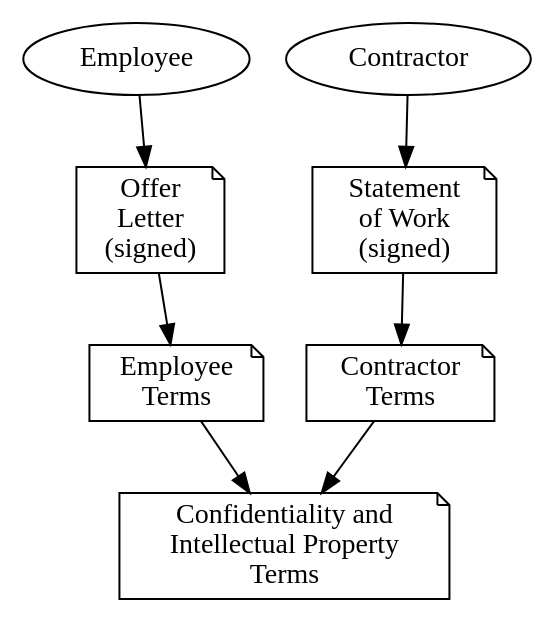
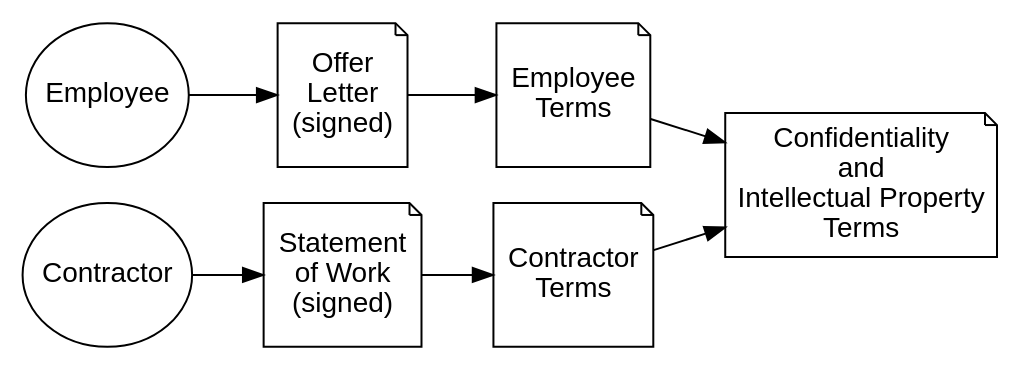
The diagram in diagram.dot (kemitchell/squareoneforms.com), drawn with Graphviz before and after one commit. The commit also changed 1 other file, not shown here.

Commit message:
Improve map graphic

```diff
--- a/diagram.dot
+++ b/diagram.dot
@@ -1,11 +1,15 @@
 digraph {
+  node[height=1,fontname="Arial"];
+  graph[fontname="Arial"];
+  edge[fontname="Arial"];
+  rankdir=LR;
   Employee;
   Contractor;
   OfferLetter[label="Offer\nLetter\n(signed)",shape=note];
   SOW[label="Statement\nof Work\n(signed)",shape=note];
   EmployeeTerms[label="Employee\nTerms",shape=note];
   ContractorTerms[label="Contractor\nTerms",shape=note];
-  CIP[label="Confidentiality and\nIntellectual Property\nTerms",shape=note];
+  CIP[label="Confidentiality\nand\nIntellectual Property\nTerms",shape=note];
   Employee -> OfferLetter -> EmployeeTerms -> CIP;
   Contractor -> SOW -> ContractorTerms -> CIP;
 }
```
